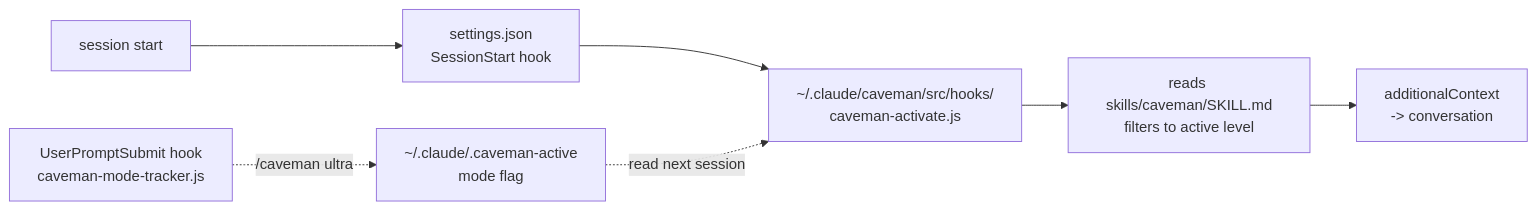
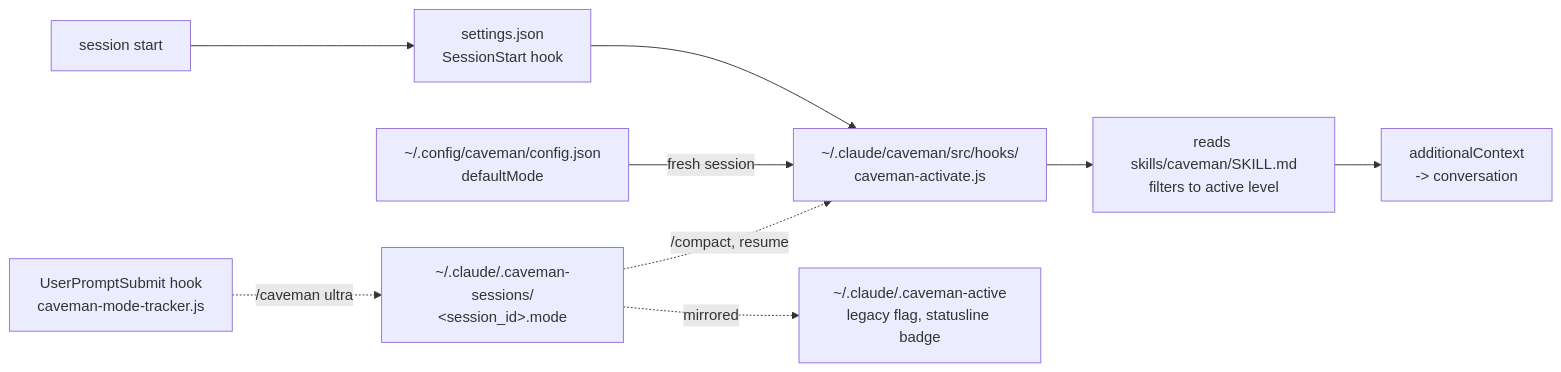
Before and after one commit to pilniczek/important: the diagram in content/always-on-output-style.md, drawn with Mermaid. The commit also changed other lines of this file and 5 other files, not shown here.

````diff
--- a/content/always-on-output-style.md
+++ b/content/always-on-output-style.md
@@ -94,9 +93,11 @@
 ```mermaid
 flowchart LR
   A["session start"] --> B["settings.json<br/>SessionStart hook"]
   B --> C["~/.claude/caveman/src/hooks/<br/>caveman-activate.js"]
   C --> D["reads skills/caveman/SKILL.md<br/>filters to active level"]
   D --> E["additionalContext<br/>-> conversation"]
-  F["UserPromptSubmit hook<br/>caveman-mode-tracker.js"] -. "/caveman ultra"  .-> G["~/.claude/.caveman-active<br/>mode flag"]
-  G -. "read next session" .-> C
+  CFG["~/.config/caveman/config.json<br/>defaultMode"] -- "fresh session" --> C
+  F["UserPromptSubmit hook<br/>caveman-mode-tracker.js"] -. "/caveman ultra" .-> G["~/.claude/.caveman-sessions/<br/>&lt;session_id&gt;.mode"]
+  G -. "/compact, resume" .-> C
+  G -. "mirrored" .-> M["~/.claude/.caveman-active<br/>legacy flag, statusline badge"]
 ```
````
